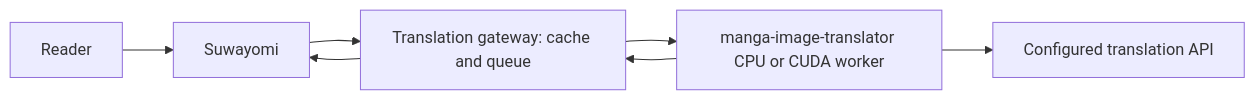
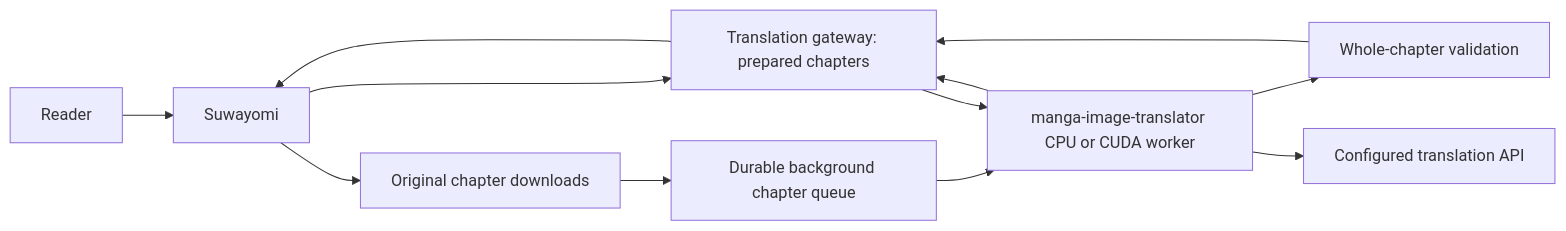
One commit to meurz/suwayomi-manga-translator changed the diagram in README.md. Above: the diagram before and after it, drawn with Mermaid. The commit also changed other lines of this file and 15 other files, not shown here.

````diff
--- a/README.md
+++ b/README.md
@@ -23,9 +26,14 @@
 ```mermaid
 flowchart LR
   Reader --> Suwayomi
-  Suwayomi --> Gateway[Translation gateway: cache and queue]
+  Suwayomi --> Gateway[Translation gateway: prepared chapters]
+  Suwayomi --> Downloads[Original chapter downloads]
+  Downloads --> Queue[Durable background chapter queue]
+  Queue --> Worker
+  Worker --> Verified[Whole-chapter validation]
+  Verified --> Gateway
   Gateway --> Worker[manga-image-translator CPU or CUDA worker]
   Worker --> LLM[Configured translation API]
   Worker --> Gateway
   Gateway --> Suwayomi
 ```
````
